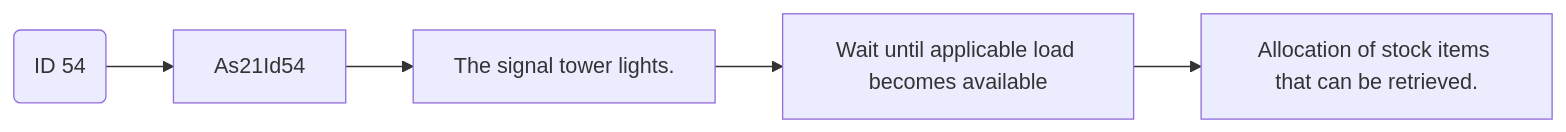
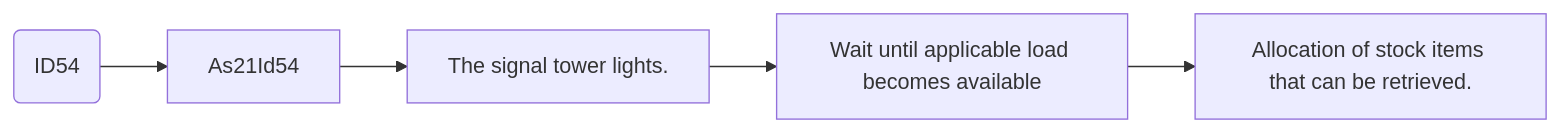
One commit to luthfiadityaa/SimeDarby-Wiki changed the sixth of 14 diagrams in Basic-Design/DFD-WMS/Retrieval/Stacked-Empty-Pallet.md. Above: the diagram before and after it, drawn with Mermaid. The commit also changed other lines of this file, not shown here.

Commit message:
Updated Stacked Empty Pallet

```diff
--- a/Basic-Design/DFD-WMS/Retrieval/Stacked-Empty-Pallet.md
+++ b/Basic-Design/DFD-WMS/Retrieval/Stacked-Empty-Pallet.md
@@ -160,22 +160,22 @@
 ::: mermaid
 flowchart LR
 
 id50msg("
-ID 54
+ID54
 ")
 
 buttonlight["
 The signal tower lights.
 "]
 
 releaseCommand2["
 Wait until applicable load becomes available
 "]
 
 releaseCommand3["
 Allocation of stock items that can be retrieved. 
 "]
 
 id50msg --> As21Id54
 As21Id54 --> buttonlight --> releaseCommand2 --> releaseCommand3
 :::
```
